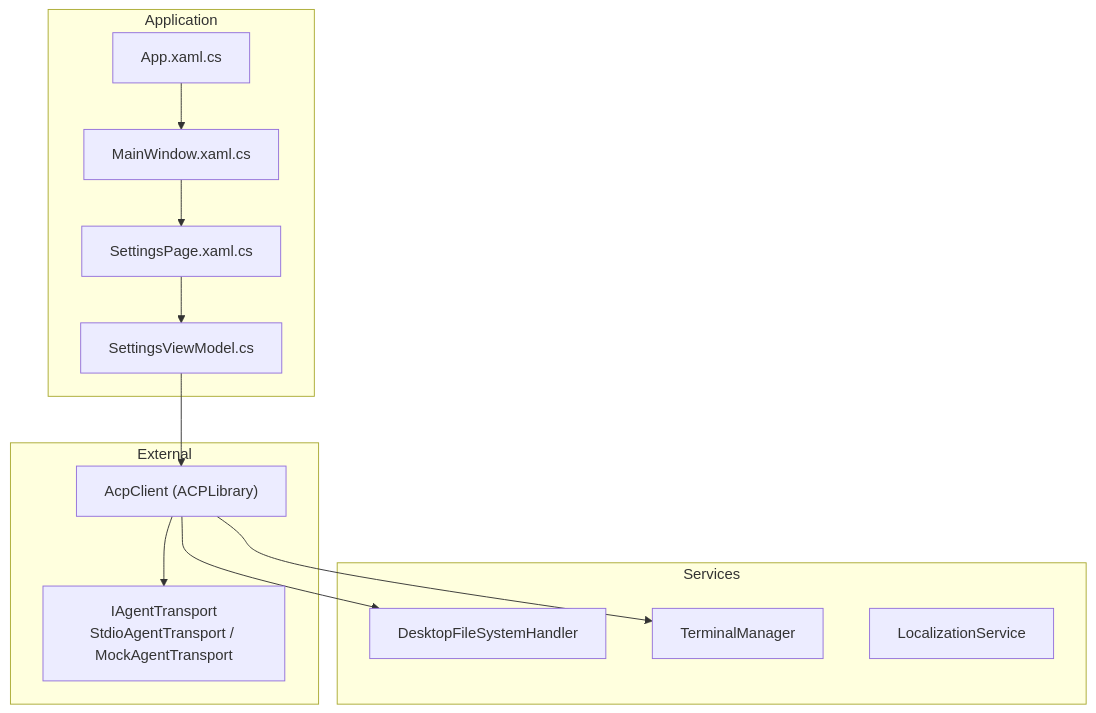
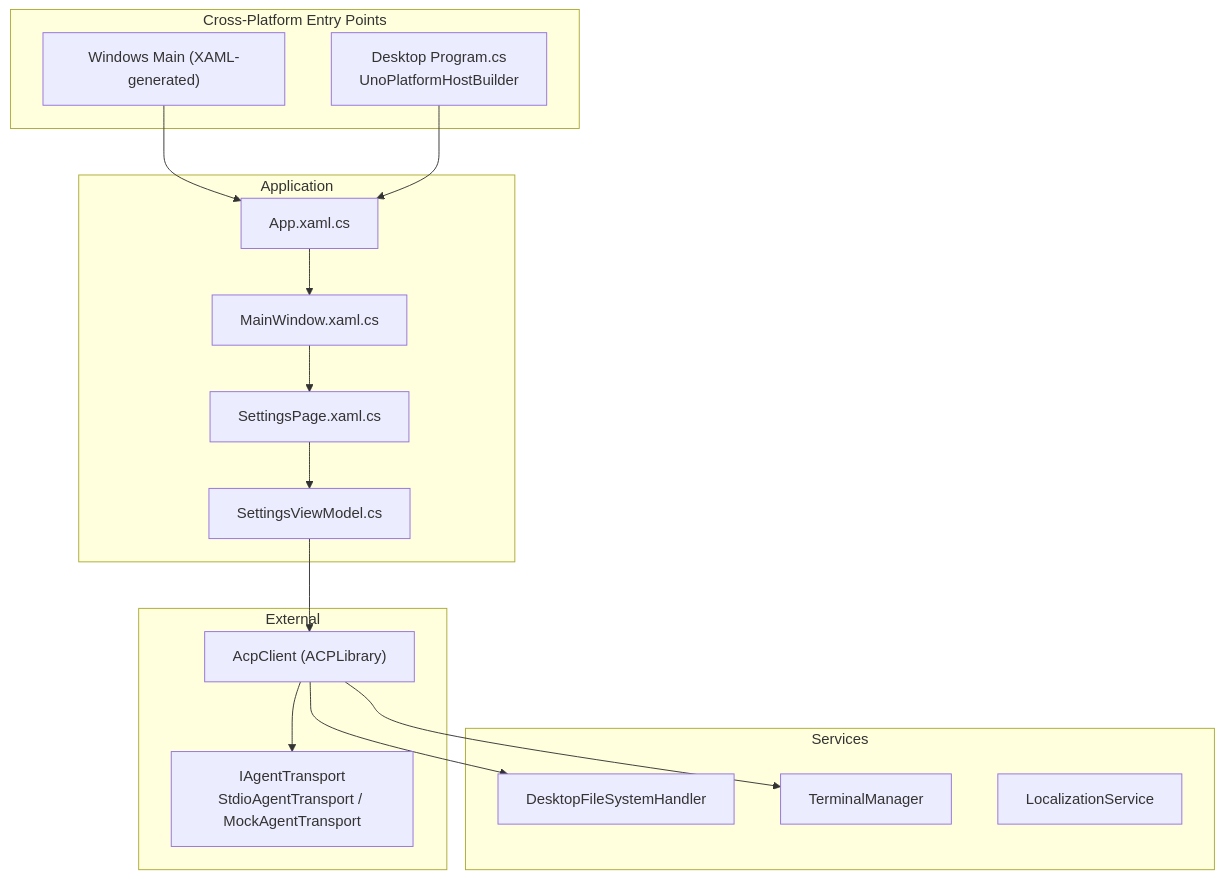
Before and after one commit to AgenticDesktop/App: the first of 3 diagrams in .qoder/repowiki/en/content/Getting Started.md, drawn with Mermaid. The commit also changed other lines of this file and 108 other files, not shown here.

First line of the commit message:
Add support for Uno Desktop and WinUI 3 build scripts

````diff
--- a/.qoder/repowiki/en/content/Getting Started.md
+++ b/.qoder/repowiki/en/content/Getting Started.md
@@ -35,25 +45,31 @@
 ```mermaid
 graph TB
 subgraph "Application"
 App["App.xaml.cs"]
 MainWindow["MainWindow.xaml.cs"]
 SettingsPage["SettingsPage.xaml.cs"]
 SettingsVM["SettingsViewModel.cs"]
+end
+subgraph "Cross-Platform Entry Points"
+WindowsMain["Windows Main (XAML-generated)"]
+DesktopMain["Desktop Program.cs<br/>UnoPlatformHostBuilder"]
 end
 subgraph "Services"
 FileSystemHandler["DesktopFileSystemHandler"]
 TerminalManager["TerminalManager"]
 LocalizationService["LocalizationService"]
 end
 subgraph "External"
 AcpClient["AcpClient (ACPLibrary)"]
 Transport["IAgentTransport<br/>StdioAgentTransport / MockAgentTransport"]
 end
 App --> MainWindow
 MainWindow --> SettingsPage
 SettingsPage --> SettingsVM
+WindowsMain --> App
+DesktopMain --> App
 SettingsVM --> AcpClient
 AcpClient --> Transport
 AcpClient --> FileSystemHandler
 AcpClient --> TerminalManager
 ```
````
